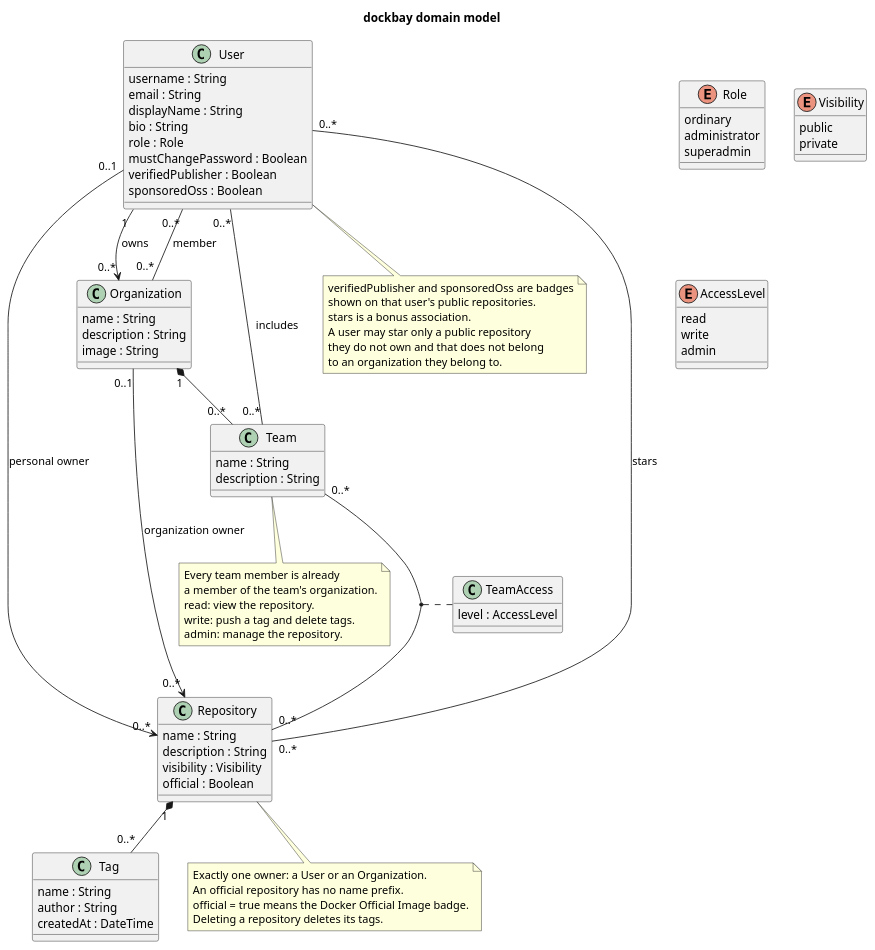
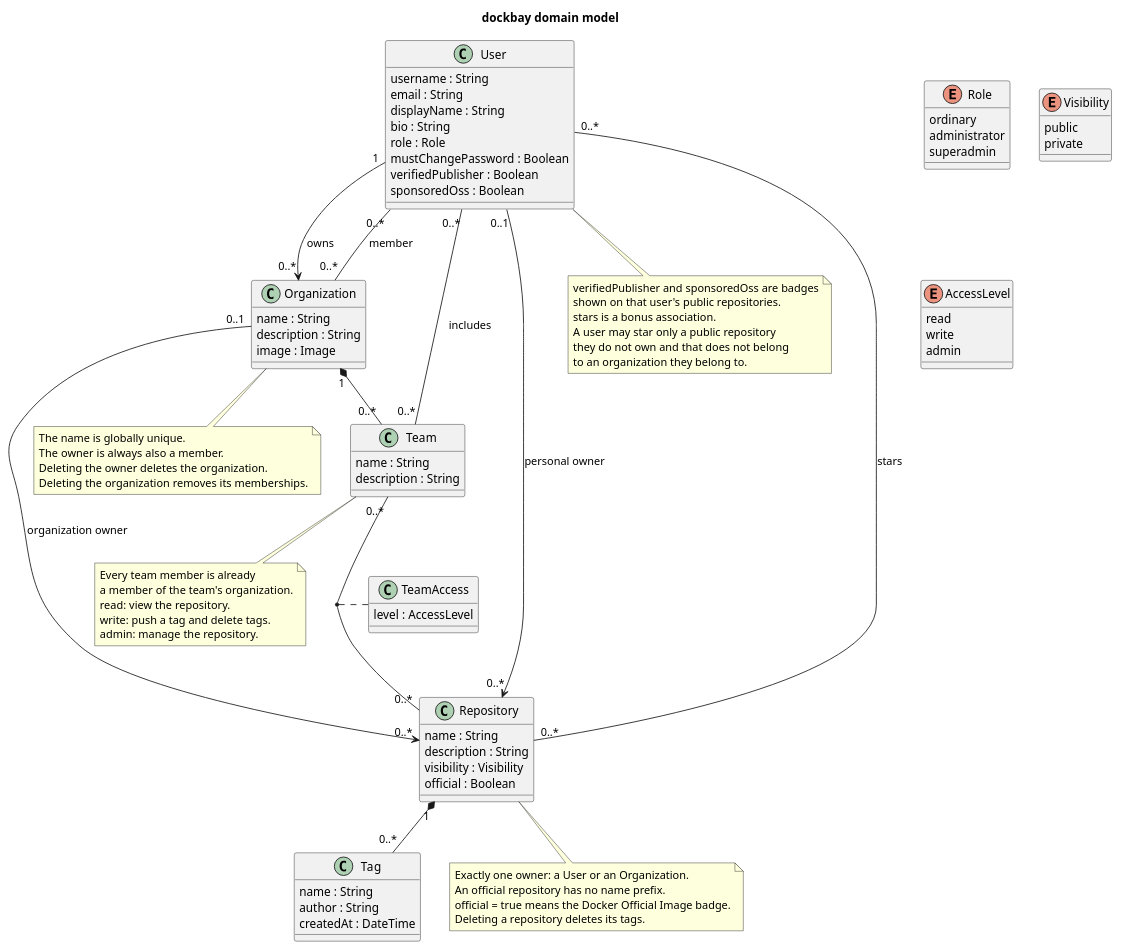
One commit to ddhoodie/dockbay changed the diagram in docs/domain-model.puml. Above: the diagram before and after it, drawn with PlantUML. The commit also changed 16 other files, not shown here.

```diff
--- a/docs/domain-model.puml
+++ b/docs/domain-model.puml
@@ -1,101 +1,108 @@
 @startuml dockbay-domain
 skinparam classAttributeIconSize 0
 title dockbay domain model
 
 enum Role {
   ordinary
   administrator
   superadmin
 }
 
 enum Visibility {
   public
   private
 }
 
 enum AccessLevel {
   read
   write
   admin
 }
 
 class User {
   username : String
   email : String
   displayName : String
   bio : String
   role : Role
   mustChangePassword : Boolean
   verifiedPublisher : Boolean
   sponsoredOss : Boolean
 }
 
 class Organization {
   name : String
   description : String
-  image : String
+  image : Image
 }
 
 class Team {
   name : String
   description : String
 }
 
 class TeamAccess {
   level : AccessLevel
 }
 
 class Repository {
   name : String
   description : String
   visibility : Visibility
   official : Boolean
 }
 
 class Tag {
   name : String
   author : String
   createdAt : DateTime
 }
 
 User "1" --> "0..*" Organization : owns
 User "0..*" -- "0..*" Organization : member
+
+note bottom of Organization
+  The name is globally unique.
+  The owner is always also a member.
+  Deleting the owner deletes the organization.
+  Deleting the organization removes its memberships.
+end note
 
 Organization "1" *-- "0..*" Team
 Team "0..*" -- "0..*" User : includes
 
 User "0..1" --> "0..*" Repository : personal owner
 Organization "0..1" --> "0..*" Repository : organization owner
 
 Repository "1" *-- "0..*" Tag
 
 Team "0..*" -- "0..*" Repository
 (Team, Repository) .. TeamAccess
 
 User "0..*" -- "0..*" Repository : stars
 
 note bottom of Repository
   Exactly one owner: a User or an Organization.
   An official repository has no name prefix.
   official = true means the Docker Official Image badge.
   Deleting a repository deletes its tags.
 end note
 
 note bottom of User
   verifiedPublisher and sponsoredOss are badges
   shown on that user's public repositories.
   stars is a bonus association.
   A user may star only a public repository
   they do not own and that does not belong
   to an organization they belong to.
 end note
 
 note bottom of Team
   Every team member is already
   a member of the team's organization.
   read: view the repository.
   write: push a tag and delete tags.
   admin: manage the repository.
 end note
 
 @enduml
```
